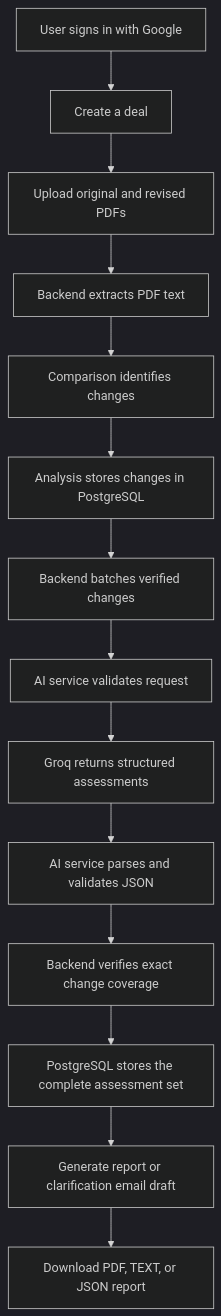
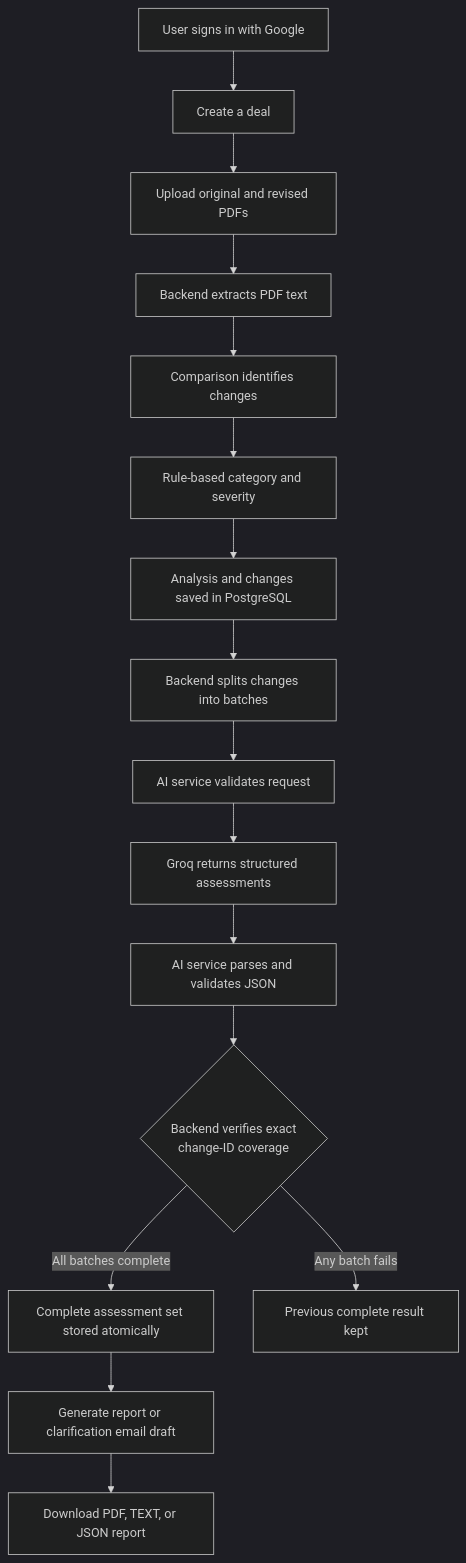
Before and after one commit to aryan24cse109-dev/DealLens: the first of 2 diagrams in README.md, drawn with Mermaid (dark theme). The commit also changed other lines of this file, not shown here.

````diff
--- a/README.md
+++ b/README.md
@@ -33,16 +144,18 @@
 ```mermaid
 flowchart TD
     A[User signs in with Google] --> B[Create a deal]
     B --> C[Upload original and revised PDFs]
     C --> D[Backend extracts PDF text]
     D --> E[Comparison identifies changes]
-    E --> F[Analysis stores changes in PostgreSQL]
-    F --> G[Backend batches verified changes]
-    G --> H[AI service validates request]
-    H --> I[Groq returns structured assessments]
-    I --> J[AI service parses and validates JSON]
-    J --> K[Backend verifies exact change coverage]
-    K --> L[PostgreSQL stores the complete assessment set]
-    L --> M[Generate report or clarification email draft]
-    M --> N[Download PDF, TEXT, or JSON report]
+    E --> F[Rule-based category and severity]
+    F --> G[Analysis and changes saved in PostgreSQL]
+    G --> H[Backend splits changes into batches]
+    H --> I[AI service validates request]
+    I --> J[Groq returns structured assessments]
+    J --> K[AI service parses and validates JSON]
+    K --> L{Backend verifies exact<br/>change-ID coverage}
+    L -->|All batches complete| M[Complete assessment set stored atomically]
+    L -->|Any batch fails| N[Previous complete result kept]
+    M --> O[Generate report or clarification email draft]
+    O --> P[Download PDF, TEXT, or JSON report]
 ```
````
